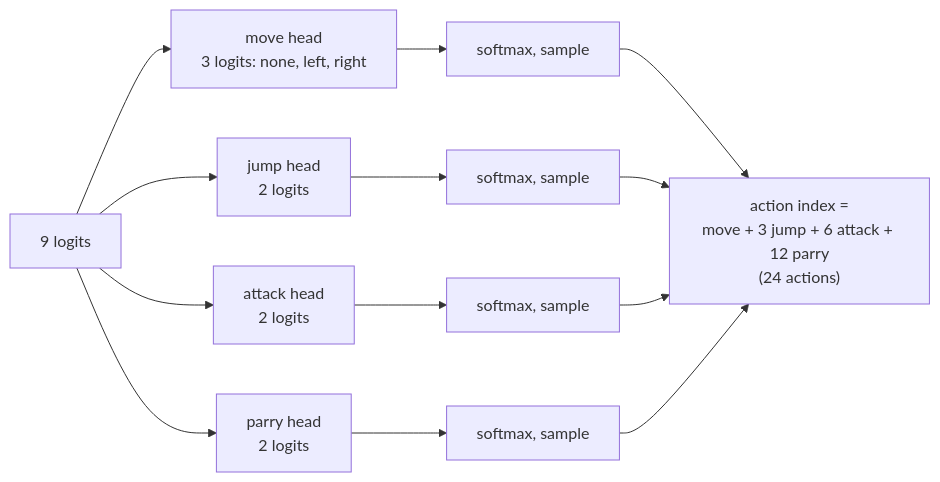
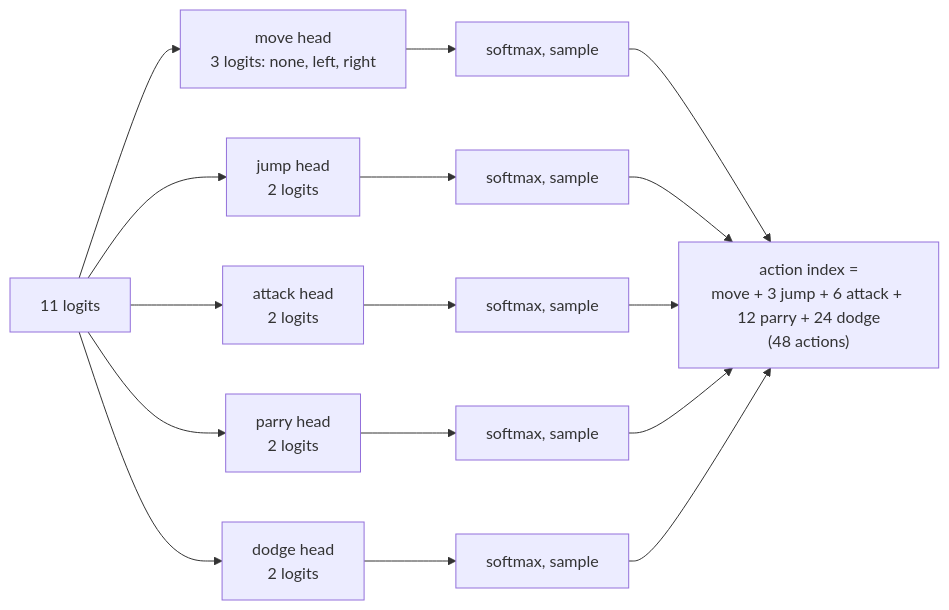
One commit to Martin-Jin/arena-rl changed the fourth of 5 diagrams in docs/network.md. Above: the diagram before and after it, drawn with Mermaid. The commit also changed other lines of this file and 56 other files, not shown here.

````diff
--- a/docs/network.md
+++ b/docs/network.md
@@ -129,15 +129,18 @@
 ```mermaid
 flowchart LR
-    L["9 logits"] --> HM["move head<br/>3 logits: none, left, right"]
+    L["11 logits"] --> HM["move head<br/>3 logits: none, left, right"]
     L --> HJ["jump head<br/>2 logits"]
     L --> HA["attack head<br/>2 logits"]
     L --> HP["parry head<br/>2 logits"]
+    L --> HD["dodge head<br/>2 logits"]
     HM --> SM1["softmax, sample"]
     HJ --> SM2["softmax, sample"]
     HA --> SM3["softmax, sample"]
     HP --> SM4["softmax, sample"]
-    SM1 --> IDX["action index =<br/>move + 3 jump + 6 attack + 12 parry<br/>(24 actions)"]
+    HD --> SM5["softmax, sample"]
+    SM1 --> IDX["action index =<br/>move + 3 jump + 6 attack + 12 parry + 24 dodge<br/>(48 actions)"]
     SM2 --> IDX
     SM3 --> IDX
     SM4 --> IDX
+    SM5 --> IDX
 ```
````
